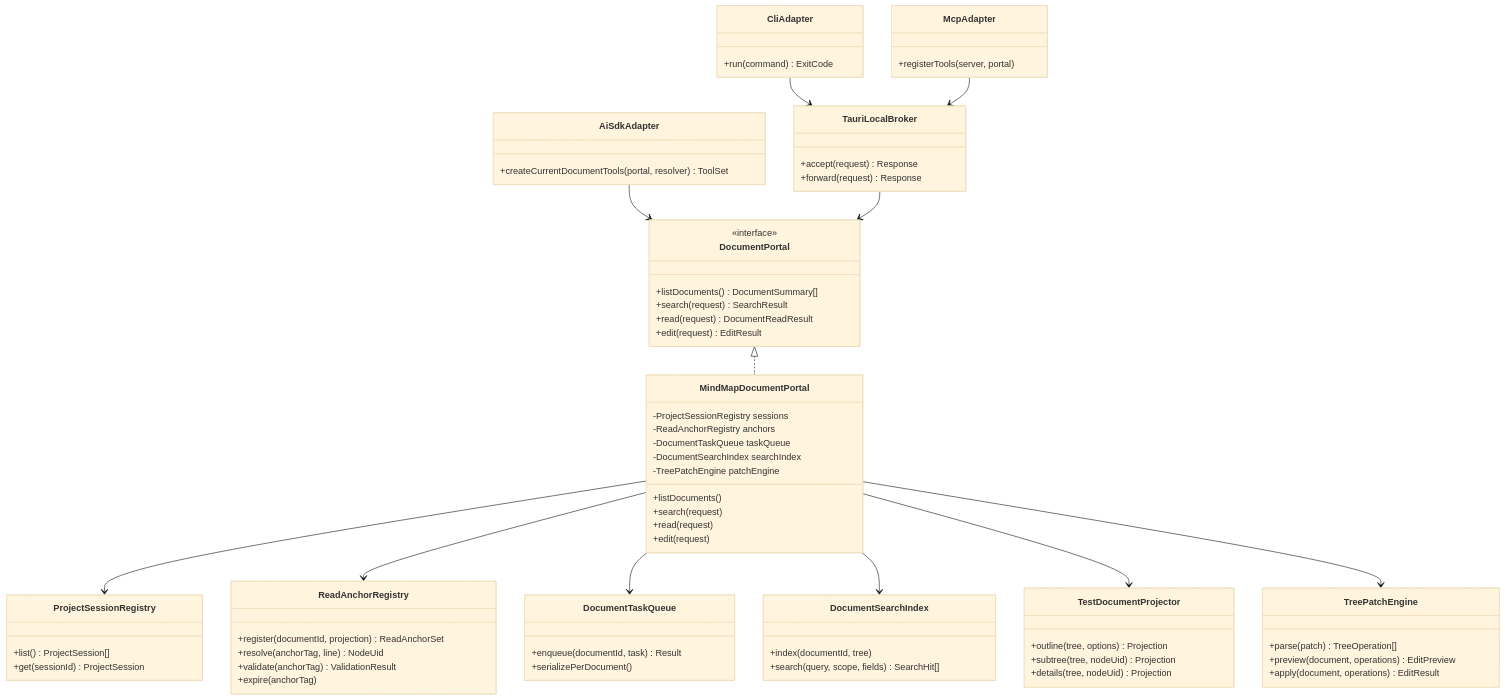
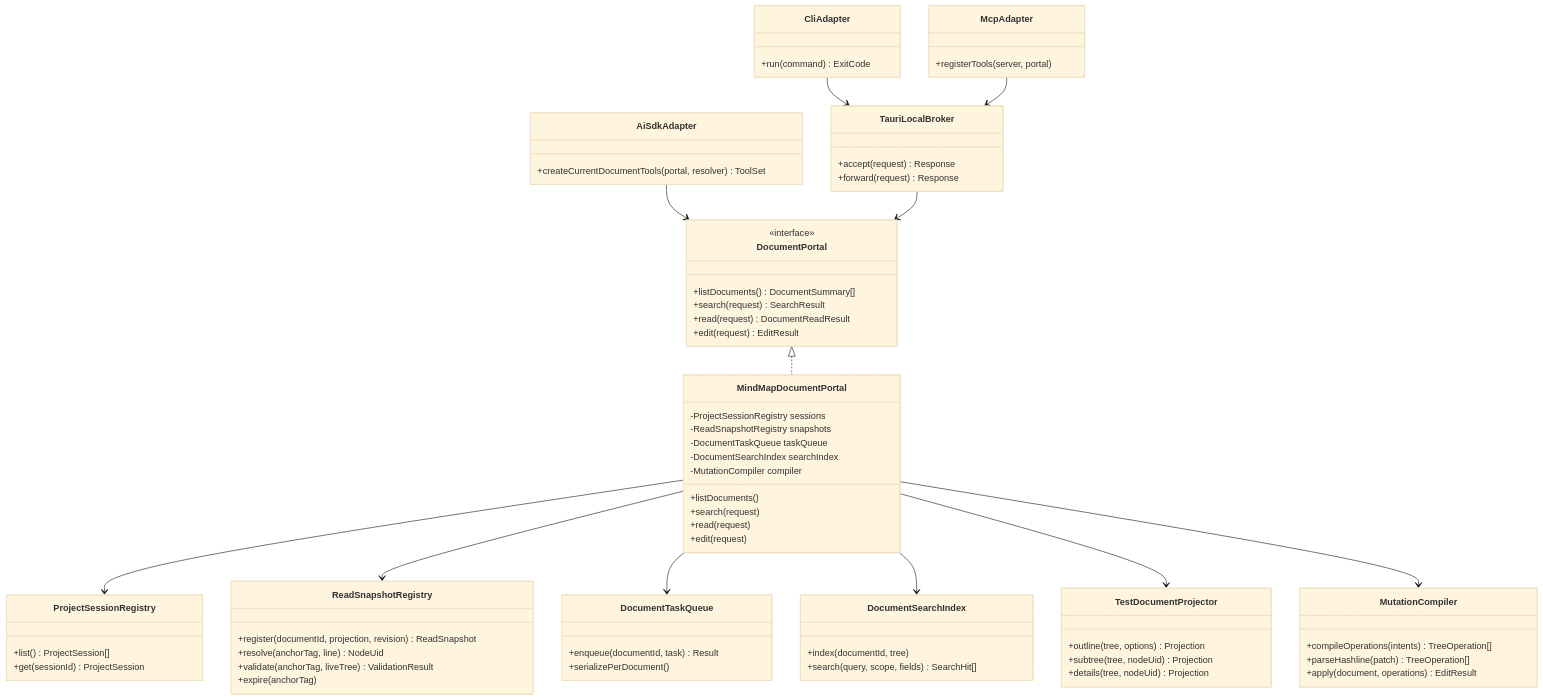
One commit to zoeymind/zoeymind-desktop changed the first of 3 diagrams in docs/architecture/document-automation-portal.md. Above: the diagram before and after it, drawn with Mermaid (base theme). The commit also changed other lines of this file and 37 other files, not shown here.

```diff
--- a/docs/architecture/document-automation-portal.md
+++ b/docs/architecture/document-automation-portal.md
@@ -121,20 +129,20 @@
 
     class MindMapDocumentPortal {
       -ProjectSessionRegistry sessions
-      -ReadAnchorRegistry anchors
+      -ReadSnapshotRegistry snapshots
       -DocumentTaskQueue taskQueue
       -DocumentSearchIndex searchIndex
-      -TreePatchEngine patchEngine
+      -MutationCompiler compiler
       +listDocuments()
       +search(request)
       +read(request)
       +edit(request)
     }
 
-    class ReadAnchorRegistry {
-      +register(documentId, projection) ReadAnchorSet
+    class ReadSnapshotRegistry {
+      +register(documentId, projection, revision) ReadSnapshot
       +resolve(anchorTag, line) NodeUid
-      +validate(anchorTag) ValidationResult
+      +validate(anchorTag, liveTree) ValidationResult
       +expire(anchorTag)
     }
 
@@ -154,9 +162,9 @@
       +details(tree, nodeUid) Projection
     }
 
-    class TreePatchEngine {
-      +parse(patch) TreeOperation[]
-      +preview(document, operations) EditPreview
+    class MutationCompiler {
+      +compileOperations(intents) TreeOperation[]
+      +parseHashline(patch) TreeOperation[]
       +apply(document, operations) EditResult
     }
 
@@ -184,11 +192,11 @@
 
     DocumentPortal <|.. MindMapDocumentPortal
     MindMapDocumentPortal --> ProjectSessionRegistry
-    MindMapDocumentPortal --> ReadAnchorRegistry
+    MindMapDocumentPortal --> ReadSnapshotRegistry
     MindMapDocumentPortal --> DocumentTaskQueue
     MindMapDocumentPortal --> DocumentSearchIndex
     MindMapDocumentPortal --> TestDocumentProjector
-    MindMapDocumentPortal --> TreePatchEngine
+    MindMapDocumentPortal --> MutationCompiler
     AiSdkAdapter --> DocumentPortal
     TauriLocalBroker --> DocumentPortal
     CliAdapter --> TauriLocalBroker
```
